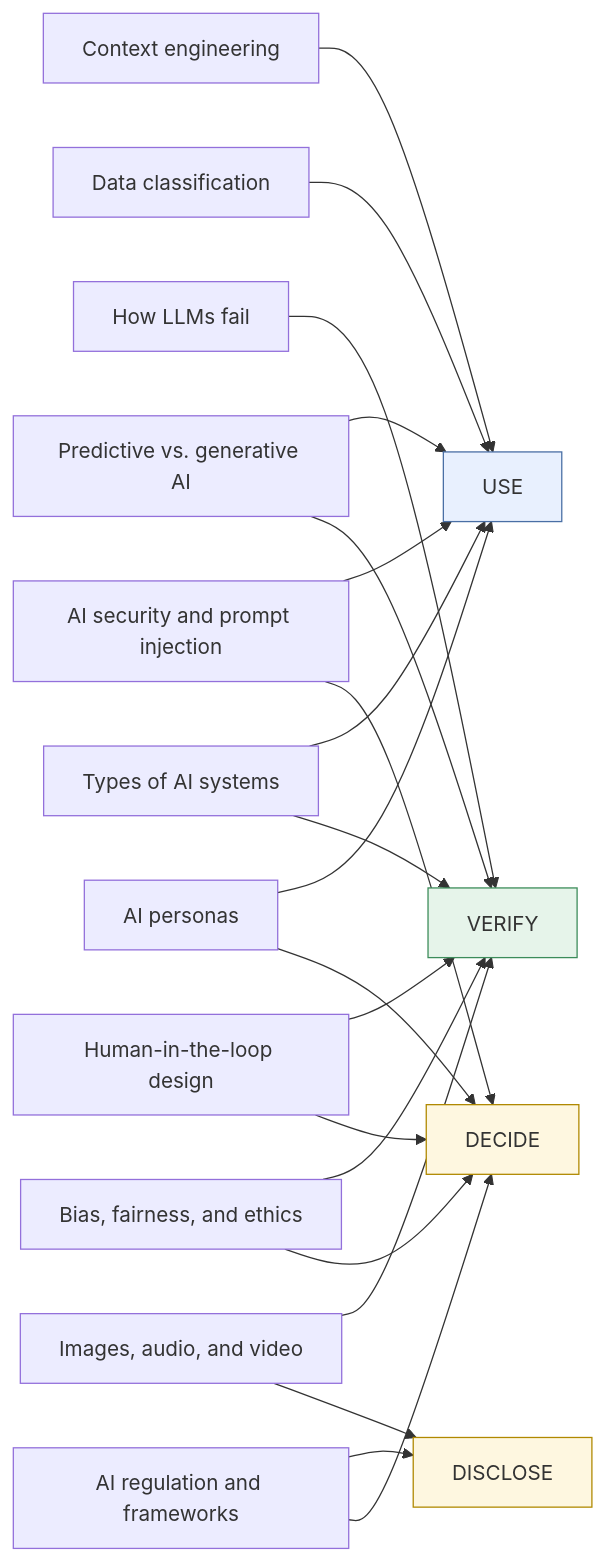
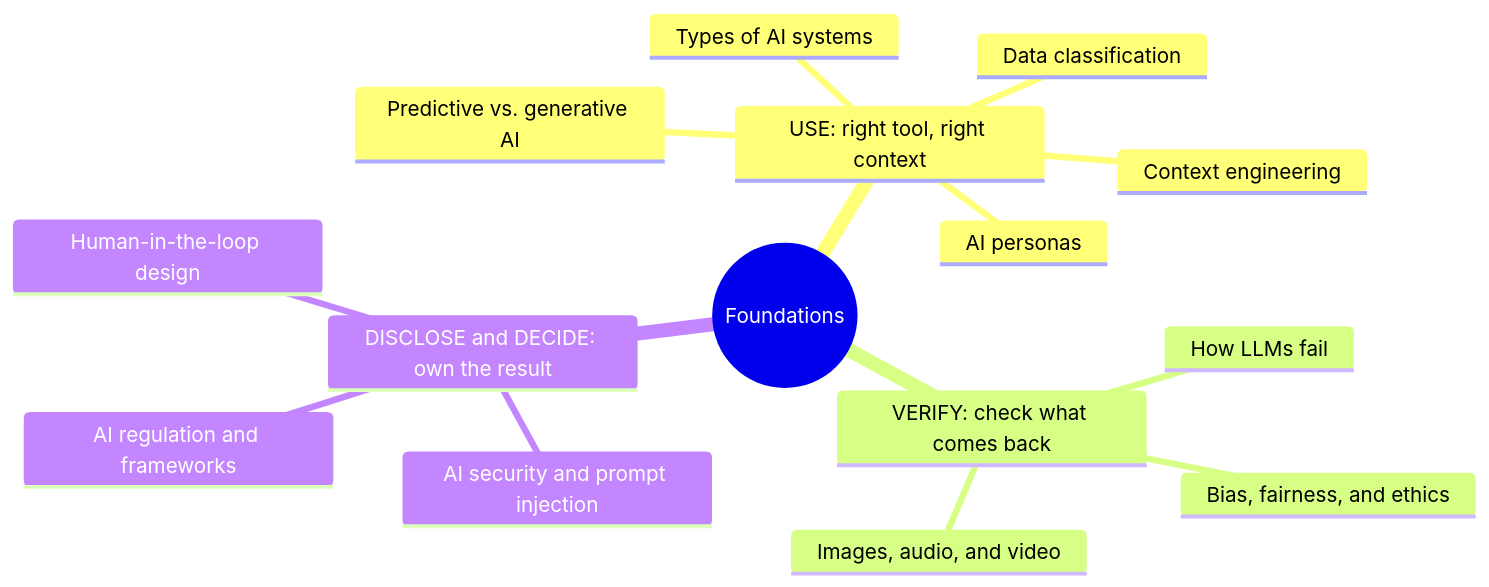
Before and after one commit to clarkngo/applied-ai-field-guide: the diagram in docs/foundations/index.md, drawn with Mermaid. The commit also changed other lines of this file, not shown here.

Commit message:
Redraw Foundations diagram grouped by rubric habit
Replace the tall many-to-many flowchart with a mindmap that groups
each page under the habit it supports most, and group the page list
to match.

````diff
--- a/docs/foundations/index.md
+++ b/docs/foundations/index.md
@@ -15,28 +15,18 @@
 ```mermaid
-flowchart LR
-  CE["Context engineering"] --> U["USE"]
-  DC["Data classification"] --> U
-  LF["How LLMs fail"] --> V["VERIFY"]
-  HL["Human-in-the-loop design"] --> V
-  HL --> D["DECIDE"]
-  BE["Bias, fairness, and ethics"] --> V
-  BE --> D
-  SEC["AI security and prompt injection"] --> U
-  SEC --> D
-  PER["AI personas"] --> U
-  PER --> D
-  REG["AI regulation and frameworks"] --> D1["DISCLOSE"]
-  REG --> D
-  MM["Images, audio, and video"] --> V
-  MM --> D1
-  PG["Predictive vs. generative AI"] --> U
-  PG --> V
-  TY["Types of AI systems"] --> U
-  TY --> V
-  classDef use fill:#e8f0fe,stroke:#4a6fa5;
-  classDef verify fill:#e6f4ea,stroke:#3c8c5a;
-  classDef dd fill:#fef7e0,stroke:#b08900;
-  class U use;
-  class V verify;
-  class D,D1 dd;
+mindmap
+  root(("Foundations"))
+    USE: right tool, right context
+      Context engineering
+      Data classification
+      Types of AI systems
+      Predictive vs. generative AI
+      AI personas
+    VERIFY: check what comes back
+      How LLMs fail
+      Images, audio, and video
+      Bias, fairness, and ethics
+    DISCLOSE and DECIDE: own the result
+      Human-in-the-loop design
+      AI security and prompt injection
+      AI regulation and frameworks
 ```
````
